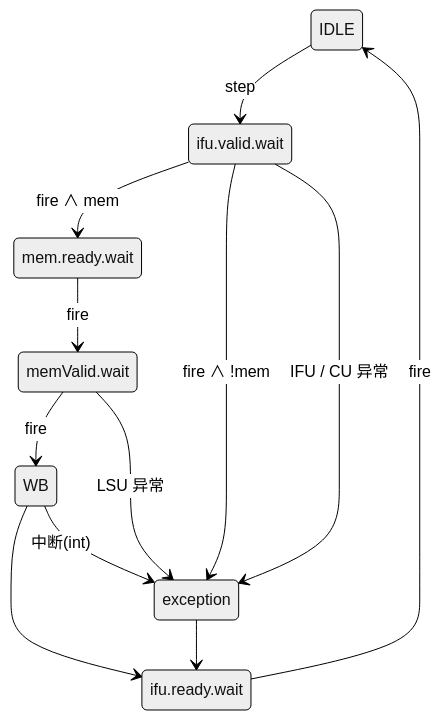
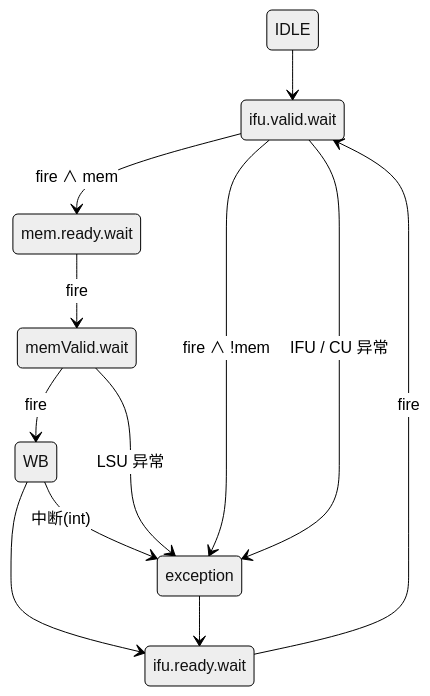
The first of 8 diagrams in 中期/report.md (KINGFIOX/bachelor), drawn with Mermaid (neutral theme) before and after one commit. The commit also changed 1 other file, not shown here.

````diff
--- a/中期/report.md
+++ b/中期/report.md
@@ -97,22 +97,22 @@
 ```mermaid
 stateDiagram-v2
     state "IDLE" as IDLE
     state "ifu.valid.wait" as IVW
     state "mem.ready.wait" as MRW
     state "memValid.wait" as MVW
     state "WB" as WB
     state "exception" as EXC
     state "ifu.ready.wait" as IRW
 
-    IRW --> IDLE : fire
-    IDLE --> IVW : step
+    IRW --> IVW : fire
+    IDLE --> IVW
     IVW --> MRW : fire ∧ mem
     IVW --> EXC : fire ∧ !mem
     IVW --> EXC : IFU / CU 异常
     MRW --> MVW : fire
     MVW --> WB : fire
     MVW --> EXC : LSU 异常
     WB --> IRW
     WB --> EXC : 中断(int)
     EXC --> IRW
 ```
````
